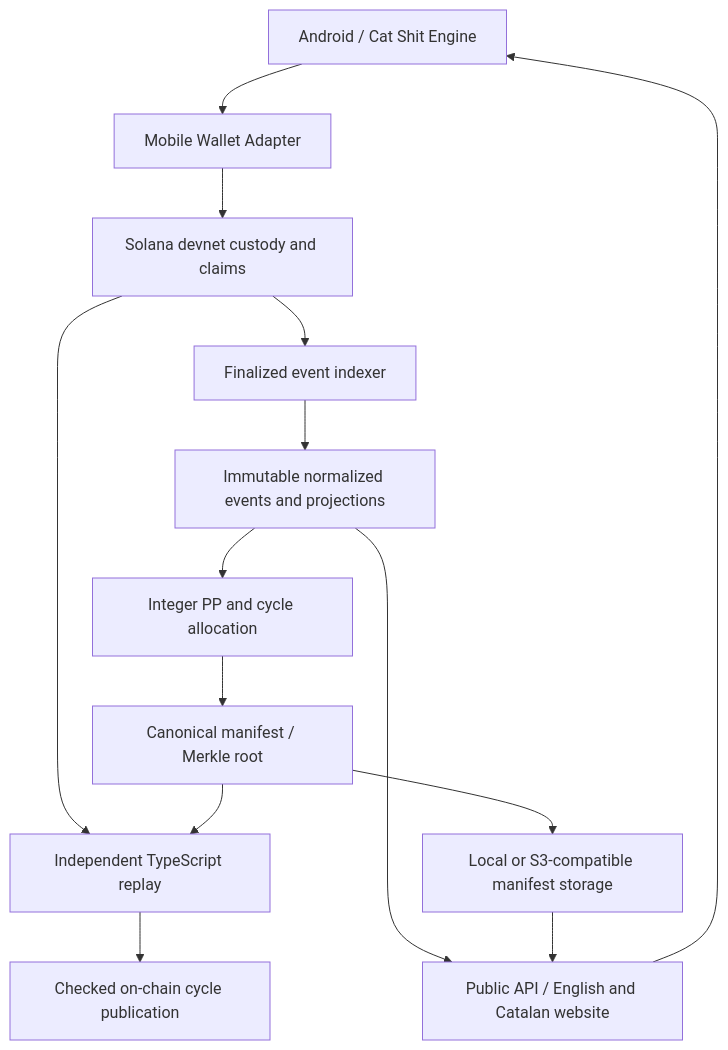
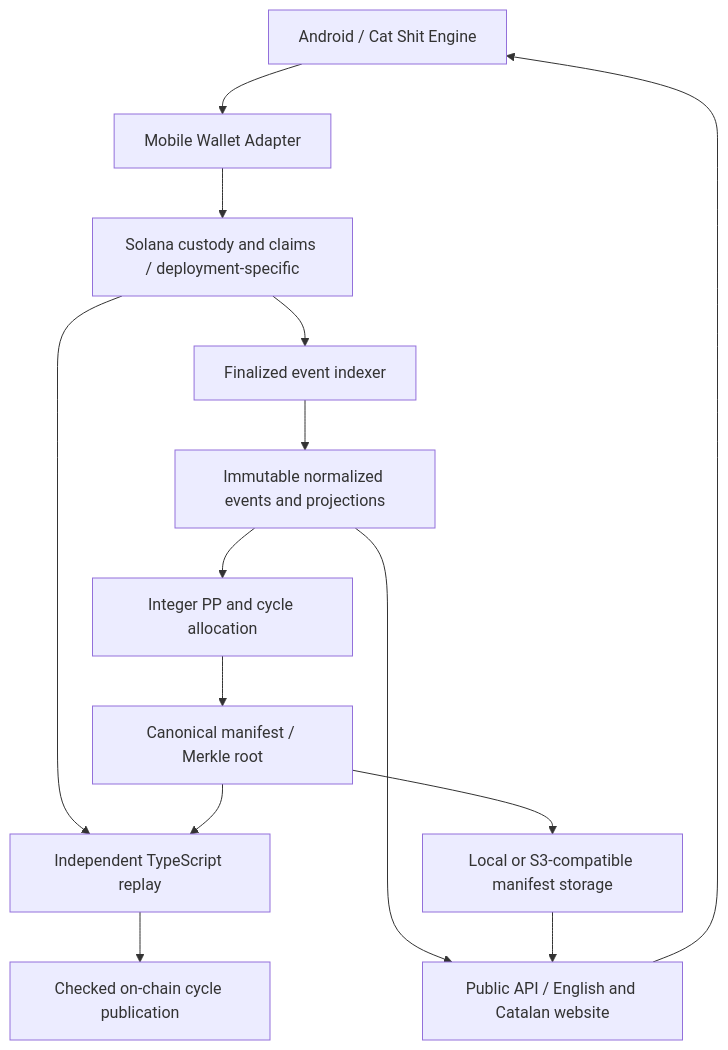
One commit to LumenBrowny/yet-another-market-cat changed the diagram in docs/architecture.md. Above: the diagram before and after it, drawn with Mermaid. The commit also changed 212 other files, not shown here.

````diff
--- a/docs/architecture.md
+++ b/docs/architecture.md
@@ -5,16 +5,16 @@
 ```mermaid
 flowchart TD
   App[Android / Cat Shit Engine] --> MWA[Mobile Wallet Adapter]
-  MWA --> Chain[Solana devnet custody and claims]
+  MWA --> Chain[Solana custody and claims / deployment-specific]
   Chain --> Index[Finalized event indexer]
   Index --> DB[Immutable normalized events and projections]
   DB --> Accounting[Integer PP and cycle allocation]
   Accounting --> Manifest[Canonical manifest / Merkle root]
   Chain --> Replay[Independent TypeScript replay]
   Manifest --> Replay
   Replay --> Publish[Checked on-chain cycle publication]
   Manifest --> Storage[Local or S3-compatible manifest storage]
   DB --> API[Public API / English and Catalan website]
   Storage --> API
   API --> App
 ```
````
